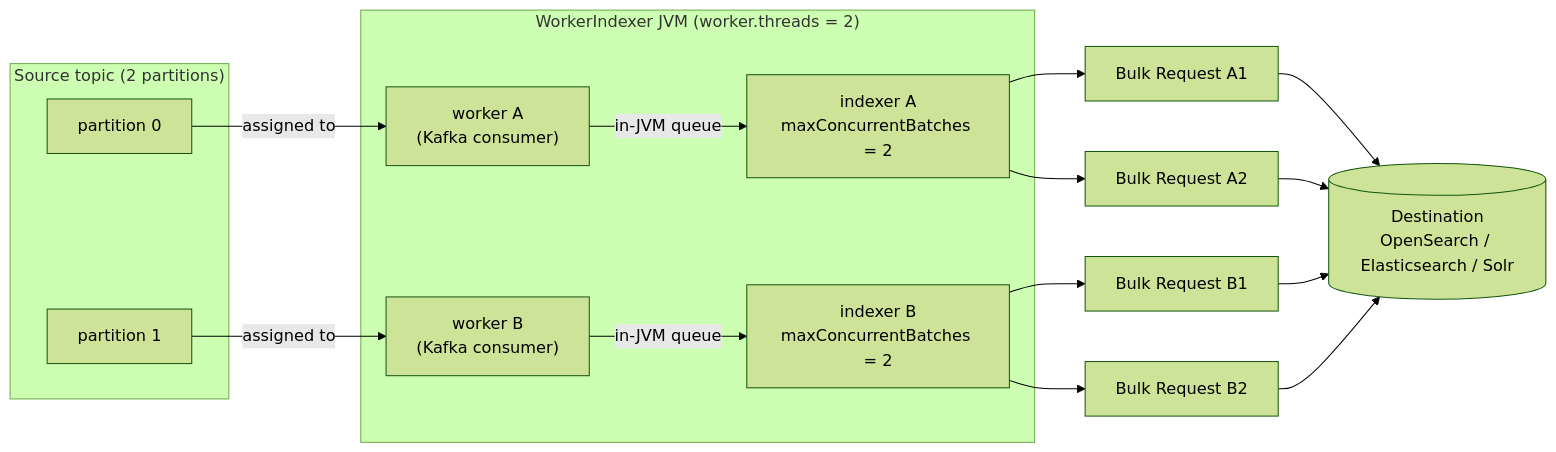
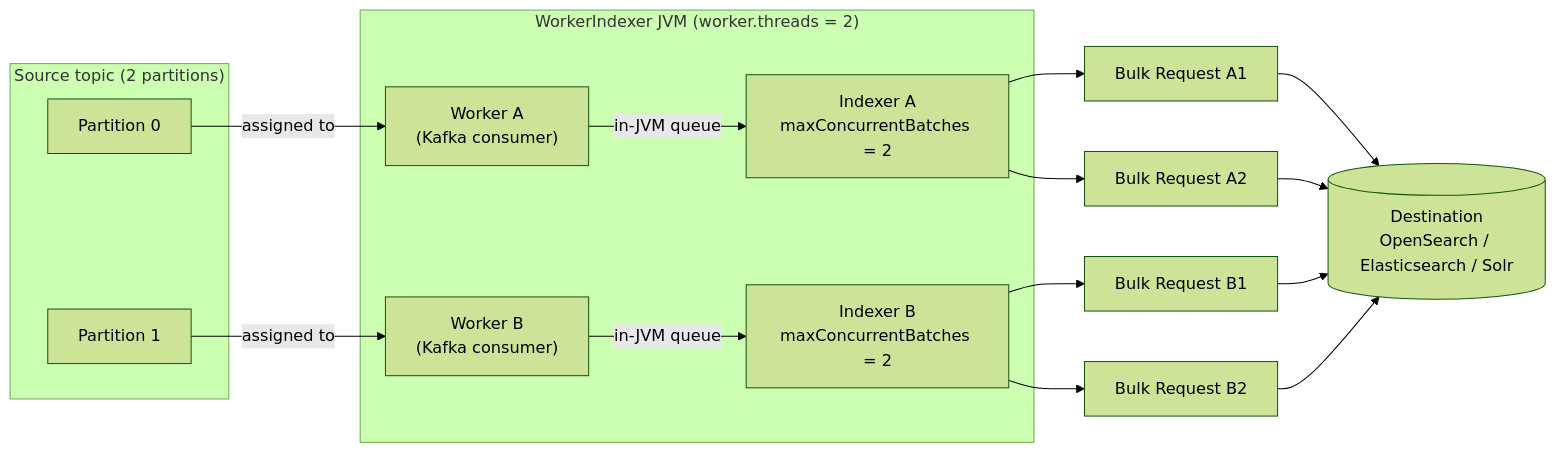
One commit to kmwtechnology/lucille changed the second of 5 diagrams in doc/site/content/en/docs/operations/indexing-throughput/indexing-fan-out.md. Above: the diagram before and after it, drawn with Mermaid (forest theme). The commit also changed other lines of this file, not shown here.

Commit message:
update diagram labels to begin in uppercase

````diff
--- a/doc/site/content/en/docs/operations/indexing-throughput/indexing-fan-out.md
+++ b/doc/site/content/en/docs/operations/indexing-throughput/indexing-fan-out.md
@@ -95,22 +95,22 @@
 ```mermaid
 flowchart LR
     subgraph SRC["Source topic (2 partitions)"]
-        P0["partition 0"]
-        P1["partition 1"]
+        P0["Partition 0"]
+        P1["Partition 1"]
     end
 
     subgraph JVM["WorkerIndexer JVM (worker.threads = 2)"]
-        W0["worker A<br/>(Kafka consumer)"] -->|in-JVM queue| I0["indexer A<br/>maxConcurrentBatches = 2"]
-        W1["worker B<br/>(Kafka consumer)"] -->|in-JVM queue| I1["indexer B<br/>maxConcurrentBatches = 2"]
+        W0["Worker A<br/>(Kafka consumer)"] -->|in-JVM queue| I0["Indexer A<br/>maxConcurrentBatches = 2"]
+        W1["Worker B<br/>(Kafka consumer)"] -->|in-JVM queue| I1["Indexer B<br/>maxConcurrentBatches = 2"]
     end
 
     I0 --> R0a["Bulk Request A1"] --> DEST
     I0 --> R0b["Bulk Request A2"] --> DEST
     I1 --> R1a["Bulk Request B1"] --> DEST
     I1 --> R1b["Bulk Request B2"] --> DEST
 
     DEST[("Destination<br/>OpenSearch / Elasticsearch / Solr")]
 
     P0 -->|assigned to| W0
     P1 -->|assigned to| W1
 ```
````
